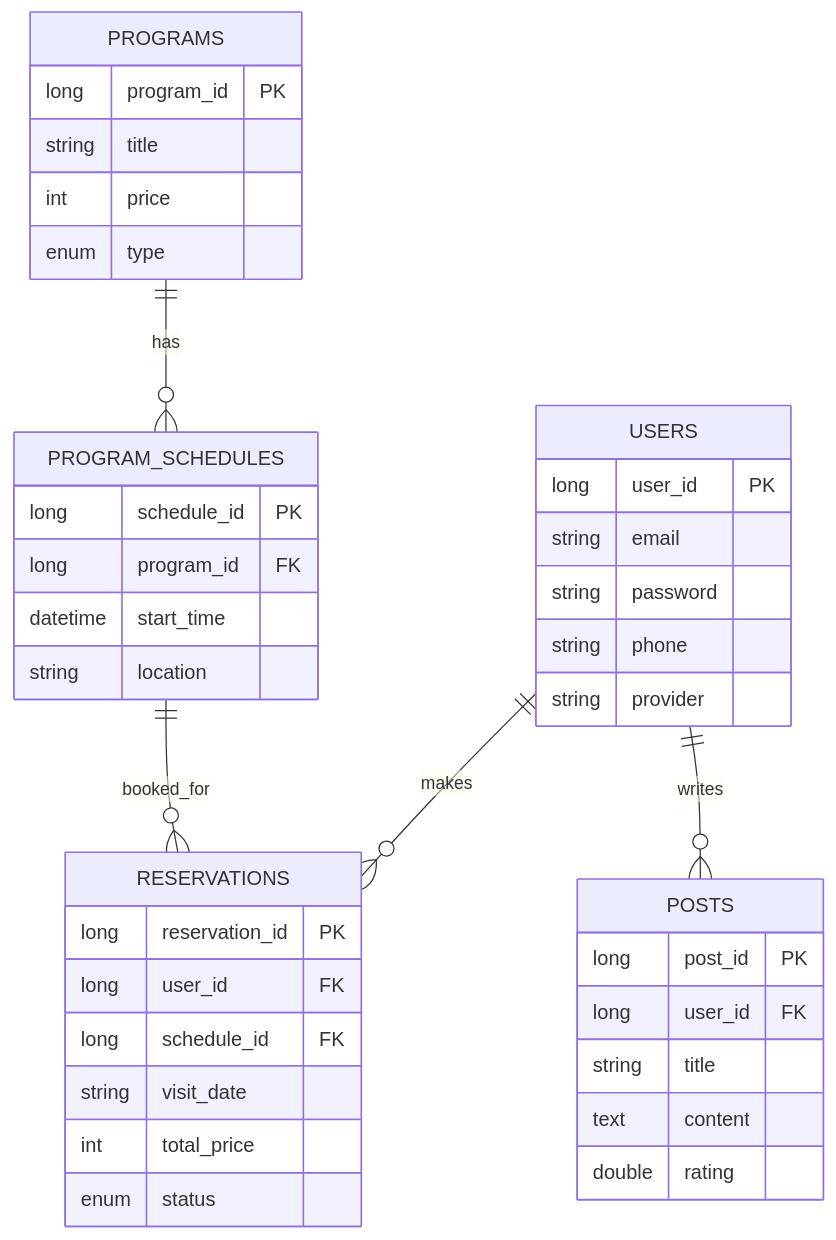
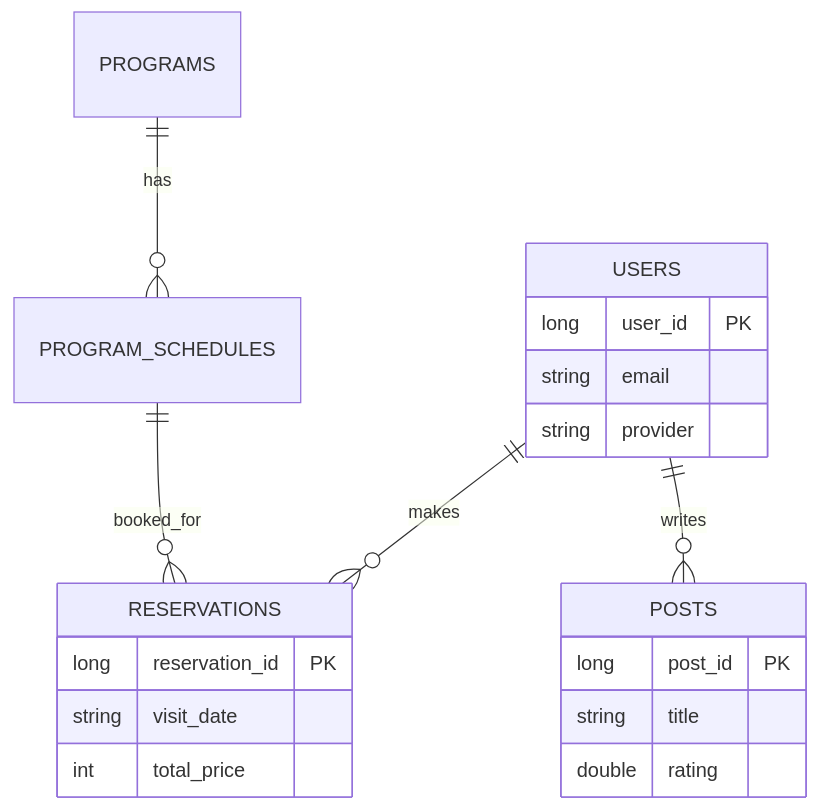
One commit to kitpractice703/aquarium changed the diagram in README.md. Above: the diagram before and after it, drawn with Mermaid. The commit also changed other lines of this file, not shown here.

````diff
--- a/README.md
+++ b/README.md
@@ -170,46 +81,24 @@
 ```mermaid
 erDiagram
     USERS ||--o{ RESERVATIONS : makes
     USERS ||--o{ POSTS : writes
     PROGRAMS ||--o{ PROGRAM_SCHEDULES : has
     PROGRAM_SCHEDULES ||--o{ RESERVATIONS : booked_for
 
     USERS {
         long user_id PK
         string email
-        string password
-        string phone
         string provider
     }
-
     RESERVATIONS {
         long reservation_id PK
-        long user_id FK
-        long schedule_id FK
         string visit_date
         int total_price
-        enum status
+    }
+    POSTS {
+        long post_id PK
+        string title
+        double rating
     }
 
-    PROGRAMS {
-        long program_id PK
-        string title
-        int price
-        enum type
-    }
-
-    PROGRAM_SCHEDULES {
-        long schedule_id PK
-        long program_id FK
-        datetime start_time
-        string location
-    }
-
-    POSTS {
-        long post_id PK
-        long user_id FK
-        string title
-        text content
-        double rating
-    }
 ```
````
